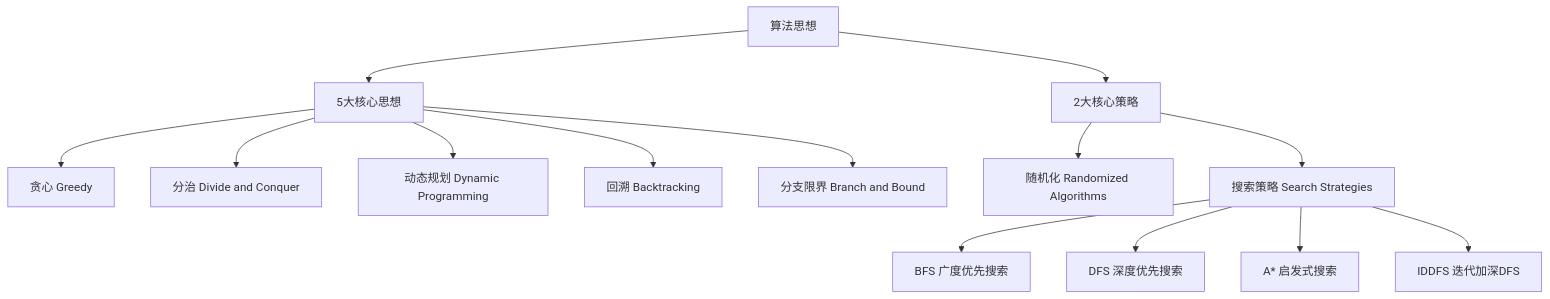
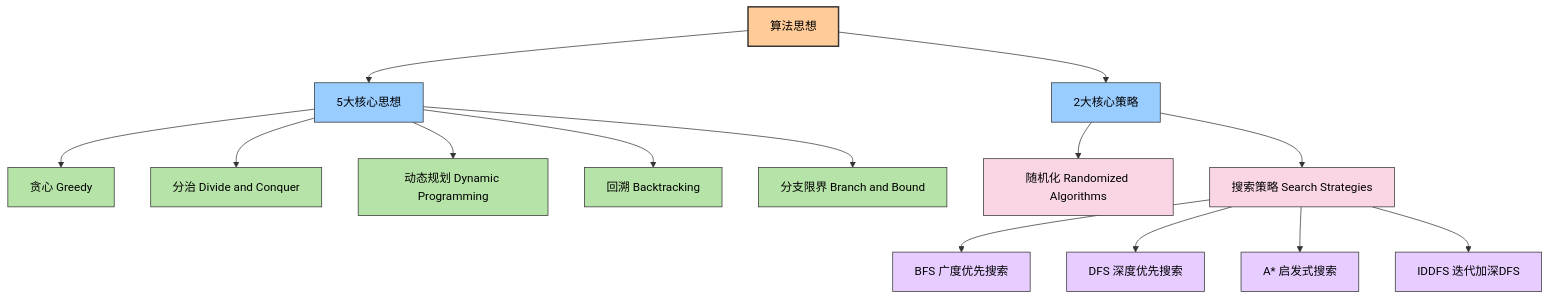
One commit to microwind/algorithms changed the second of 2 diagrams in start-here/AI-Era-Programmers-as-Algorithmic-Thinkers.md. Above: the diagram before and after it, drawn with Mermaid. The commit also changed other lines of this file and 1 other file, not shown here.

````diff
--- a/start-here/AI-Era-Programmers-as-Algorithmic-Thinkers.md
+++ b/start-here/AI-Era-Programmers-as-Algorithmic-Thinkers.md
@@ -257,19 +282,35 @@
 ```mermaid
 graph TD
     A[算法思想] --> B[5大核心思想]
     A --> C[2大核心策略]
     
     B --> B1[贪心 Greedy]
     B --> B2[分治 Divide and Conquer]
     B --> B3[动态规划 Dynamic Programming]
     B --> B4[回溯 Backtracking]
     B --> B5[分支限界 Branch and Bound]
     
     C --> C1[随机化 Randomized Algorithms]
     C --> C2[搜索策略 Search Strategies]
     
     C2 --> C21[BFS 广度优先搜索]
     C2 --> C22[DFS 深度优先搜索]
     C2 --> C23[A* 启发式搜索]
     C2 --> C24[IDDFS 迭代加深DFS]
+
+    %% 颜色定义
+    classDef root fill:#ffcc99,stroke:#333,stroke-width:2px,color:#000
+    classDef core fill:#99ccff,stroke:#333,stroke-width:1px
+    classDef algo fill:#b6e3a8,stroke:#333
+    classDef strategy fill:#f9d5e5,stroke:#333
+    classDef search fill:#e6ccff,stroke:#333
+
+    %% 节点应用颜色
+    class A root
+    class B core
+    class C core
+    class B1,B2,B3,B4,B5 algo
+    class C1 strategy
+    class C2 strategy
+    class C21,C22,C23,C24 search
 ```
````
